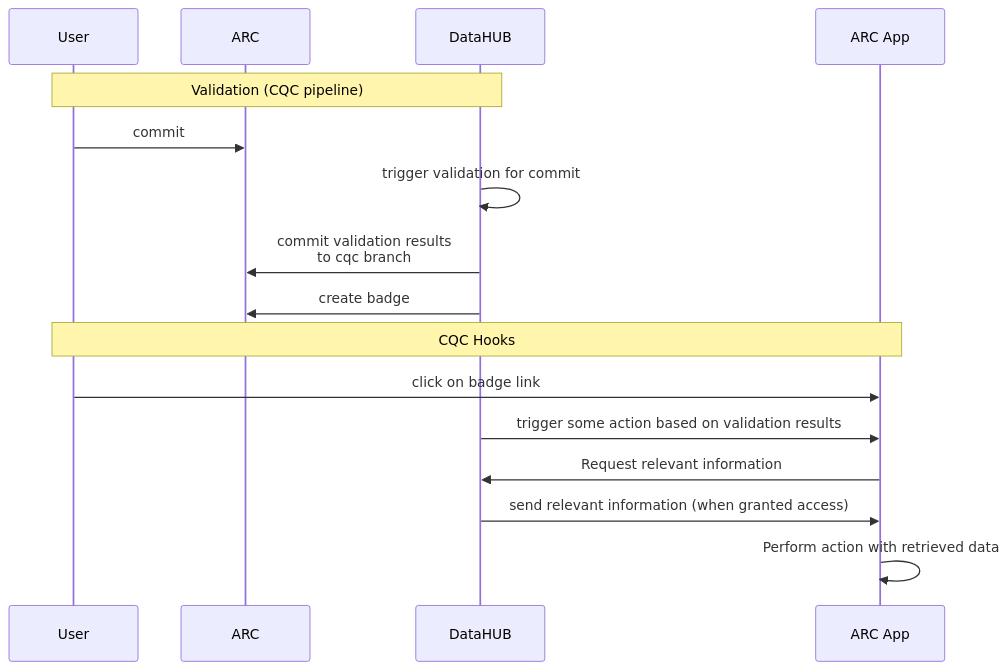
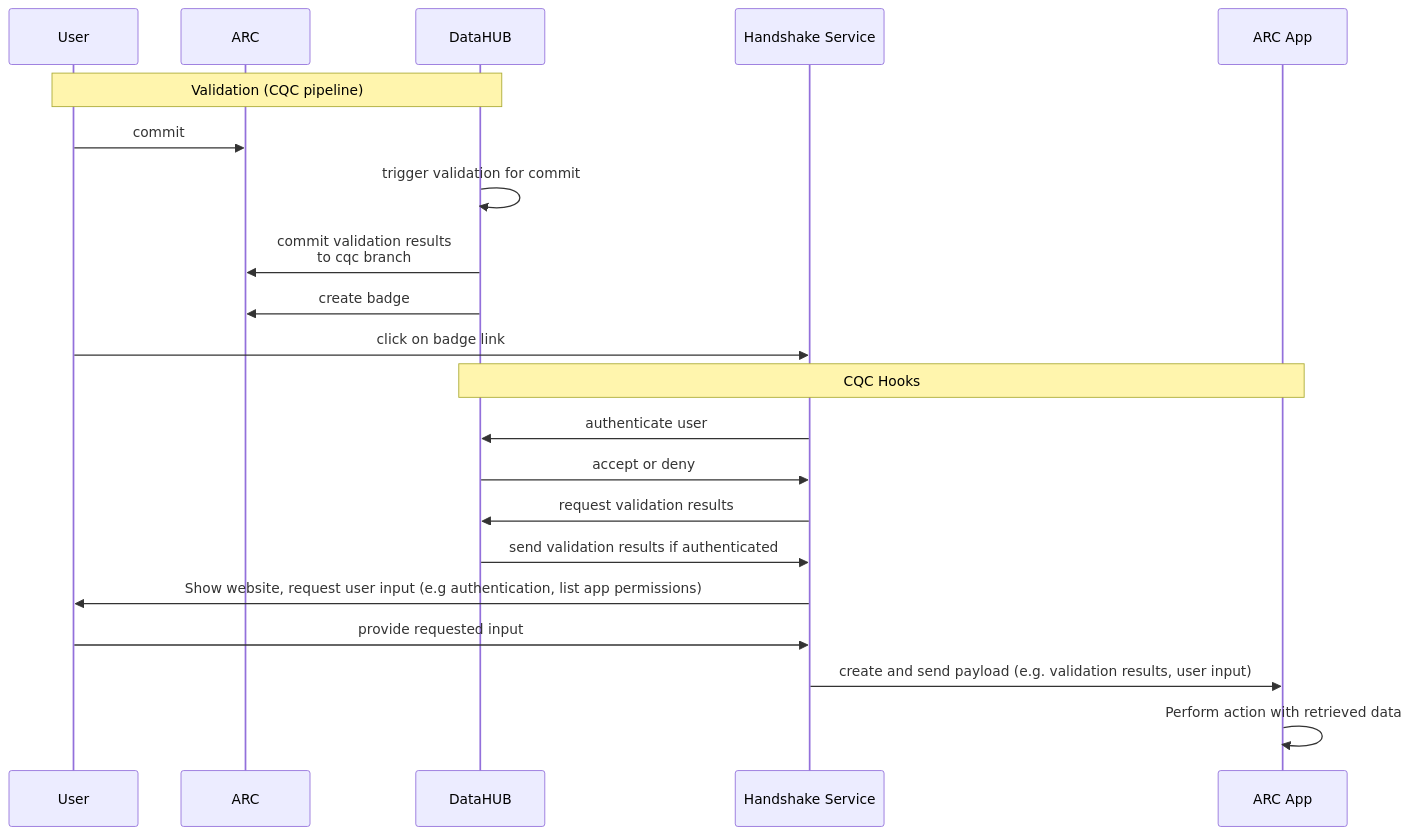
The diagram in ARC specification.md (nfdi4plants/ARC-specification), drawn with Mermaid before and after one commit. The commit also changed other lines of this file, not shown here.

Commit message:
add Handshake service to CQC hook sequence diagram

````diff
--- a/ARC specification.md
+++ b/ARC specification.md
@@ -646,20 +645,28 @@
 ```mermaid
 sequenceDiagram
 
     participant User
     participant ARC
     participant DataHUB
+    participant Handshake Service
     participant ARC App
 
     Note over User, DataHUB: Validation (CQC pipeline)
+
     User ->> ARC : commit
     DataHUB ->> DataHUB : trigger validation for commit
     DataHUB ->> ARC : commit validation results <br> to cqc branch
     DataHUB ->> ARC : create badge
-    Note over User, ARC App: CQC Hooks
-    User ->> ARC App : click on badge link
-    DataHUB ->> ARC App : trigger some action based on validation results
-    ARC App ->> DataHUB : Request relevant information
-    DataHUB ->> ARC App : send relevant information (when granted access)
+    User ->> Handshake Service : click on badge link
+
+    Note over DataHUB, ARC App: CQC Hooks
+
+    Handshake Service ->> DataHUB : authenticate user
+    DataHUB ->> Handshake Service : accept or deny
+    Handshake Service ->> DataHUB : request validation results
+    DataHUB ->> Handshake Service : send validation results if authenticated
+    Handshake Service ->> User : Show website, request user input (e.g authentication, list app permissions)
+    User ->> Handshake Service : provide requested input
+    Handshake Service ->> ARC App : create and send payload (e.g. validation results, user input)
     ARC App ->> ARC App : Perform action with retrieved data
 ```
````
